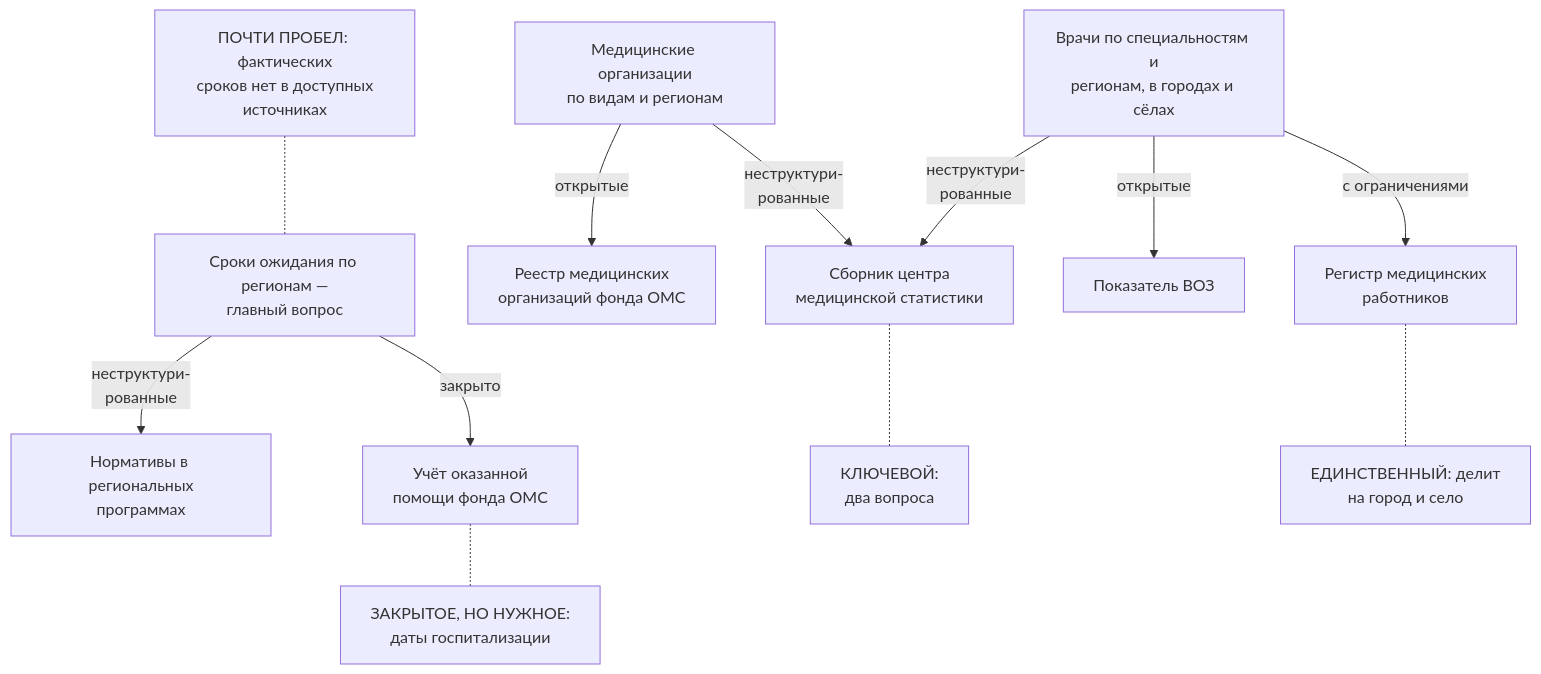
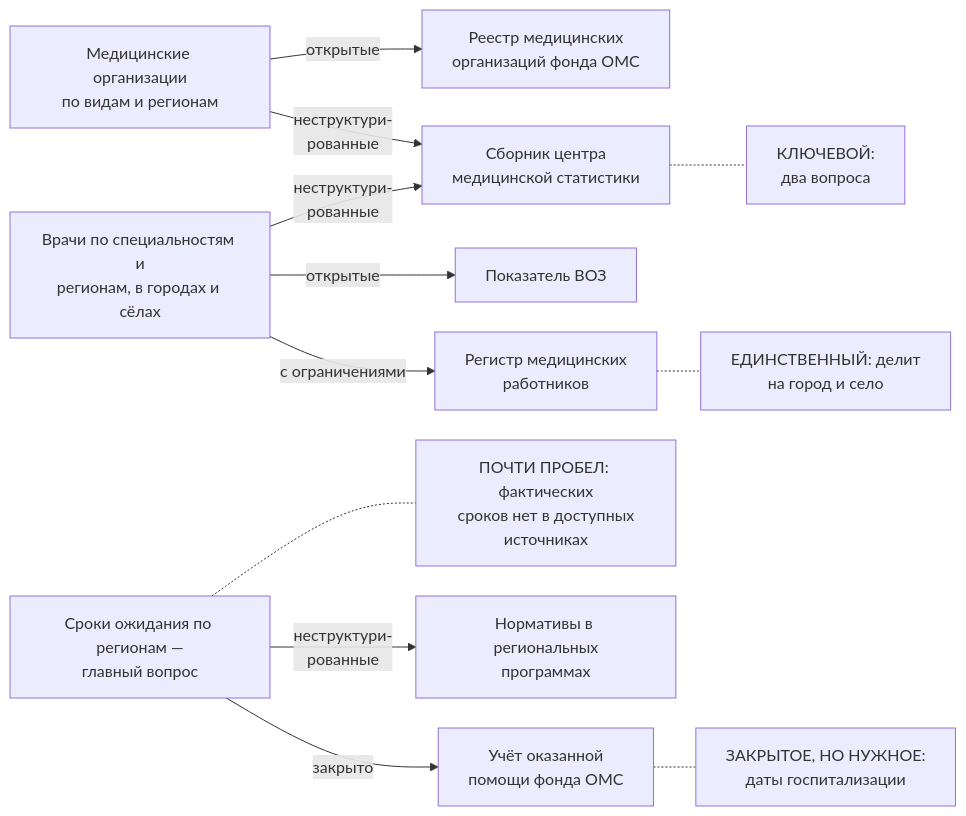
One commit to ivbeg/data-inventory changed the sixth of 6 diagrams in docs/02-approaches/04-data-maps.md. Above: the diagram before and after it, drawn with Mermaid. The commit also changed other lines of this file and 34 other files, not shown here.

First line of the commit message:
Читаемая карта от продукта и единый размер схем в PDF

````diff
--- a/docs/02-approaches/04-data-maps.md
+++ b/docs/02-approaches/04-data-maps.md
@@ -186,24 +219,33 @@
 ```mermaid
-flowchart TB
+---
+config:
+  layout: dagre
+  flowchart:
+    rankSpacing: 20
+    nodeSpacing: 30
+    minNodeWidth: 40
+    wrappingWidth: 200
+---
+flowchart LR
   n4["ПОЧТИ ПРОБЕЛ: фактических<br/>сроков нет в доступных<br/>источниках"]
   q1["Медицинские организации<br/>по видам и регионам"]
   q2["Врачи по специальностям и<br/>регионам, в городах и сёлах"]
   q3["Сроки ожидания по регионам —<br/>главный вопрос"]
-  n4 -.- q3
+  q3 -.- n4
   s2["Реестр медицинских<br/>организаций фонда ОМС"]
   s1["Сборник центра<br/>медицинской статистики"]
   s4["Показатель ВОЗ"]
   s3["Регистр медицинских<br/>работников"]
   s5["Нормативы в региональных<br/>программах"]
   s6["Учёт оказанной<br/>помощи фонда ОМС"]
   q1 -- "открытые" --> s2
   q1 -- "неструктури-<br/>рованные" --> s1
   q2 -- "неструктури-<br/>рованные" --> s1
   q2 -- "открытые" --> s4
   q2 -- "с ограничениями" --> s3
   q3 -- "неструктури-<br/>рованные" --> s5
   q3 -- "закрыто" --> s6
   s1 -.- n1["КЛЮЧЕВОЙ:<br/>два вопроса"]
   s3 -.- n2["ЕДИНСТВЕННЫЙ: делит<br/>на город и село"]
   s6 -.- n3["ЗАКРЫТОЕ, НО НУЖНОЕ:<br/>даты госпитализации"]
 ```
````
